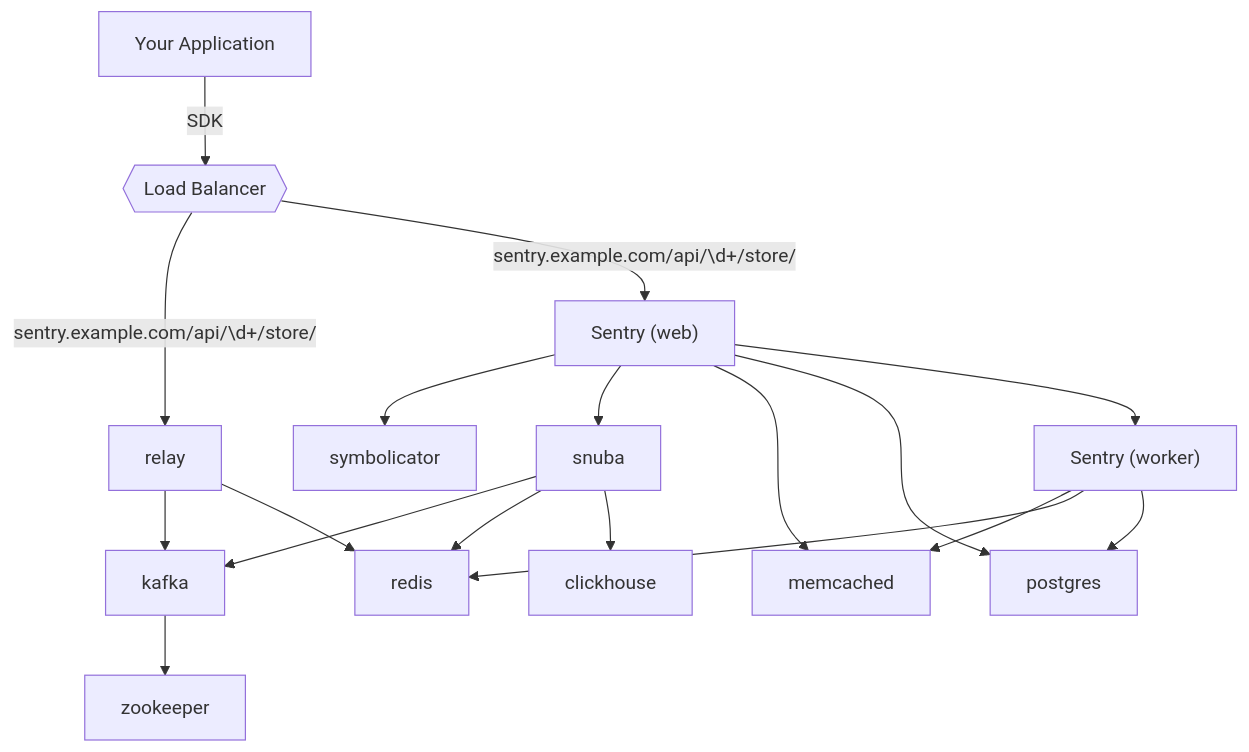
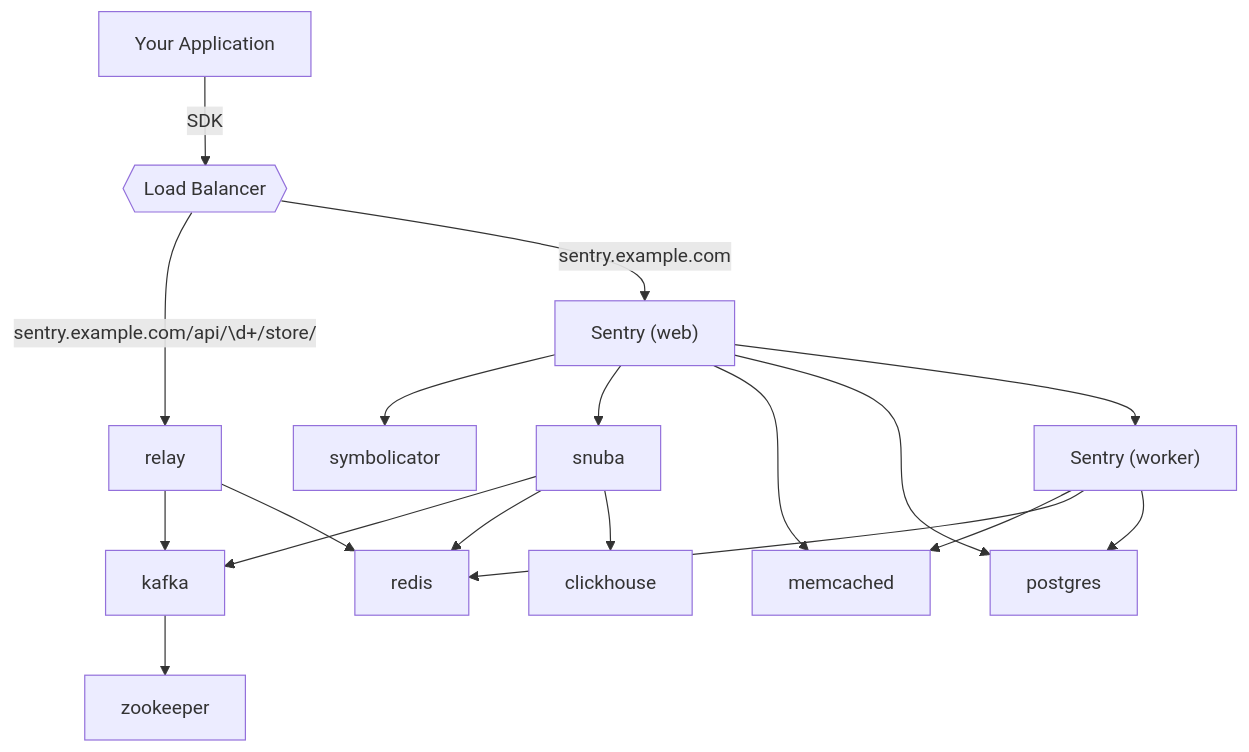
The diagram in src/docs/architecture.mdx (getsentry/develop), drawn with Mermaid before and after one commit.

````diff
--- a/src/docs/architecture.mdx
+++ b/src/docs/architecture.mdx
@@ -7,23 +7,23 @@
 ```mermaid
 graph TD
 app[Your Application] --> |SDK| lb{{Load Balancer}}
 lb --> |"sentry.example.com/api/\d+/store/"| relay
-lb --> |"sentry.example.com/api/\d+/store/"| sentry_web["Sentry (web)"]
+lb --> |"sentry.example.com"| sentry_web["Sentry (web)"]
 relay --> kafka
 relay --> redis
 sentry_web --> symbolicator
 sentry_web --> snuba
 sentry_web --> memcached
 sentry_web --> postgres
 snuba --> kafka
 snuba --> redis
 snuba --> clickhouse
 kafka --> zookeeper
 sentry_web --> sentry_worker["Sentry (worker)"]
 sentry_worker --> memcached
 sentry_worker --> redis
 sentry_worker --> postgres
 
 click snuba "https://github.com/getsentry/snuba" "Snuba Documentation"
 click relay "https://github.com/getsentry/relay" "Relay Documentation"
 ```
````
